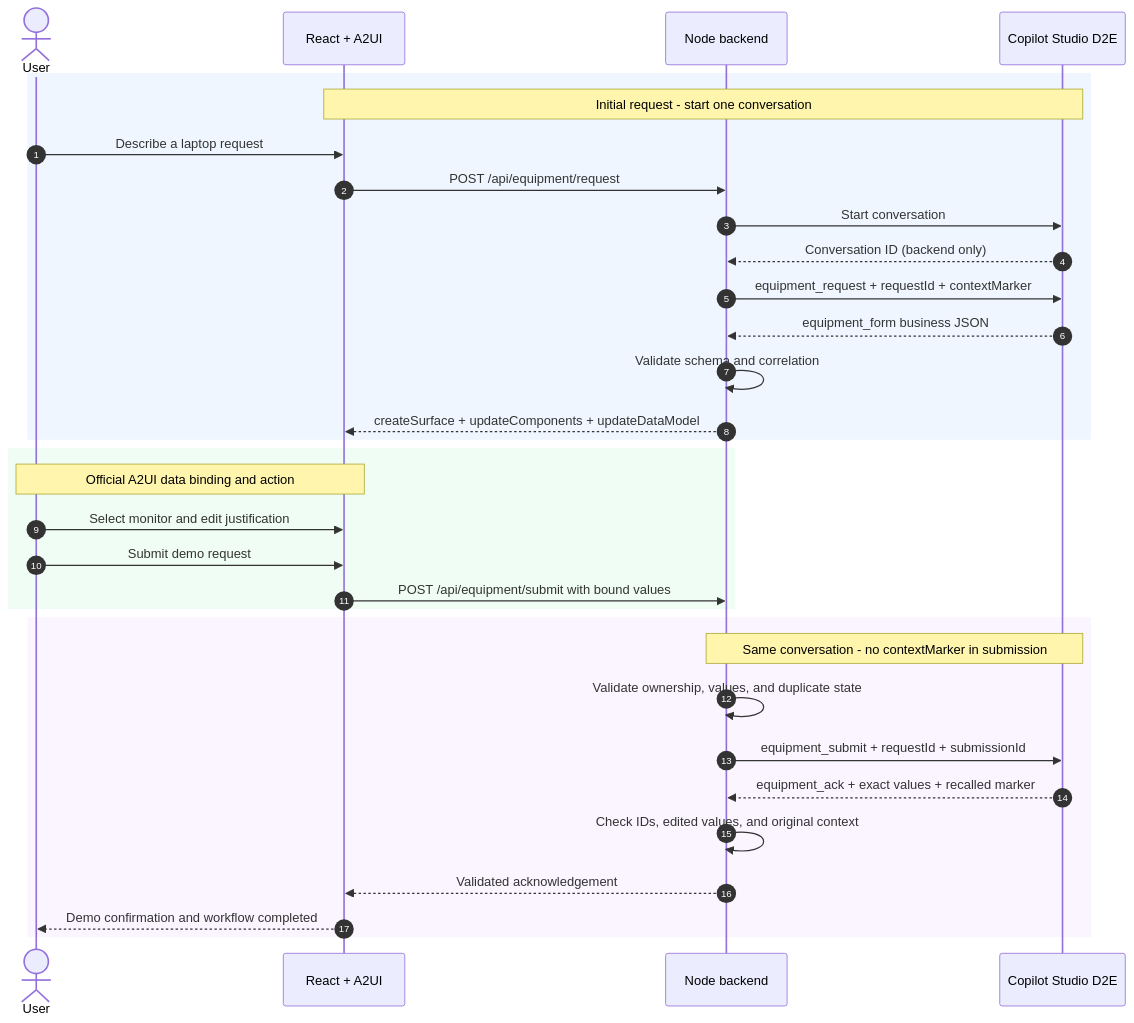
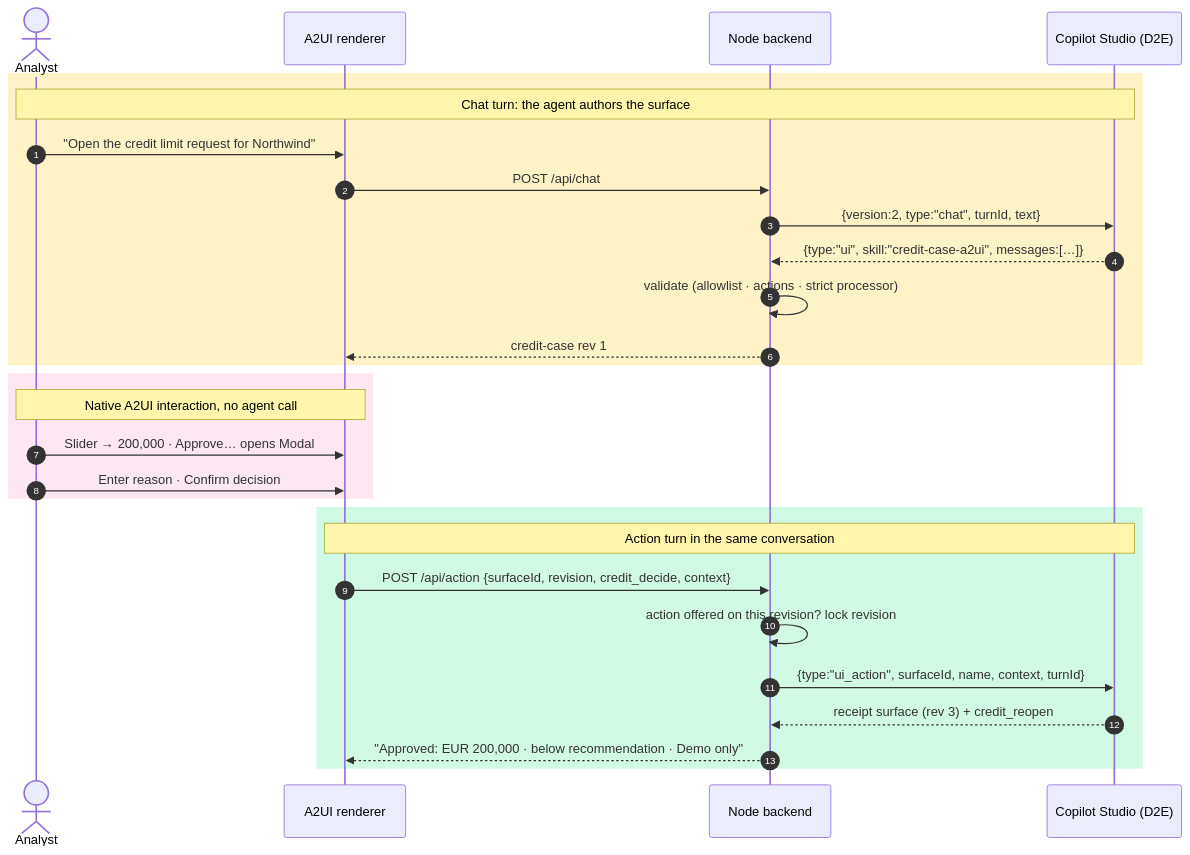
One commit to Roelzz/MCS_A2UI changed the fourth of 4 diagrams in README.md. Above: the diagram before and after it, drawn with Mermaid. The commit also changed other lines of this file and 31 other files, not shown here.

First line of the commit message:
feat: agent-authored A2UI surfaces via four Copilot Studio skills

````diff
--- a/README.md
+++ b/README.md
@@ -118,37 +183,33 @@
 ```mermaid
 sequenceDiagram
     autonumber
-    actor User
-    participant UI as React + A2UI
-    participant API as Node backend
-    participant Agent as Copilot Studio D2E
+    actor U as Analyst
+    participant R as A2UI renderer
+    participant B as Node backend
+    participant A as Copilot Studio (D2E)
 
-    rect rgb(239, 246, 255)
-        Note over UI,Agent: Initial request - start one conversation
-        User->>UI: Describe a laptop request
-        UI->>API: POST /api/equipment/request
-        API->>Agent: Start conversation
-        Agent-->>API: Conversation ID (backend only)
-        API->>Agent: equipment_request + requestId + contextMarker
-        Agent-->>API: equipment_form business JSON
-        API->>API: Validate schema and correlation
-        API-->>UI: createSurface + updateComponents + updateDataModel
+    rect rgb(254, 243, 199)
+        Note over U,A: Chat turn: the agent authors the surface
+        U->>R: "Open the credit limit request for Northwind"
+        R->>B: POST /api/chat
+        B->>A: {version:2, type:"chat", turnId, text}
+        A-->>B: {type:"ui", skill:"credit-case-a2ui", messages:[…]}
+        B->>B: validate (allowlist · actions · strict processor)
+        B-->>R: credit-case rev 1
     end
 
-    rect rgb(240, 253, 244)
-        Note over User,UI: Official A2UI data binding and action
-        User->>UI: Select monitor and edit justification
-        User->>UI: Submit demo request
-        UI->>API: POST /api/equipment/submit with bound values
+    rect rgb(252, 231, 243)
+        Note over U,R: Native A2UI interaction, no agent call
+        U->>R: Slider → 200,000 · Approve… opens Modal
+        U->>R: Enter reason · Confirm decision
     end
 
-    rect rgb(250, 245, 255)
-        Note over API,Agent: Same conversation - no contextMarker in submission
-        API->>API: Validate ownership, values, and duplicate state
-        API->>Agent: equipment_submit + requestId + submissionId
-        Agent-->>API: equipment_ack + exact values + recalled marker
-        API->>API: Check IDs, edited values, and original context
-        API-->>UI: Validated acknowledgement
-        UI-->>User: Demo confirmation and workflow completed
+    rect rgb(209, 250, 229)
+        Note over R,A: Action turn in the same conversation
+        R->>B: POST /api/action {surfaceId, revision, credit_decide, context}
+        B->>B: action offered on this revision? lock revision
+        B->>A: {type:"ui_action", surfaceId, name, context, turnId}
+        A-->>B: receipt surface (rev 3) + credit_reopen
+        B-->>R: "Approved: EUR 200,000 · below recommendation · Demo only"
     end
 ```
````
